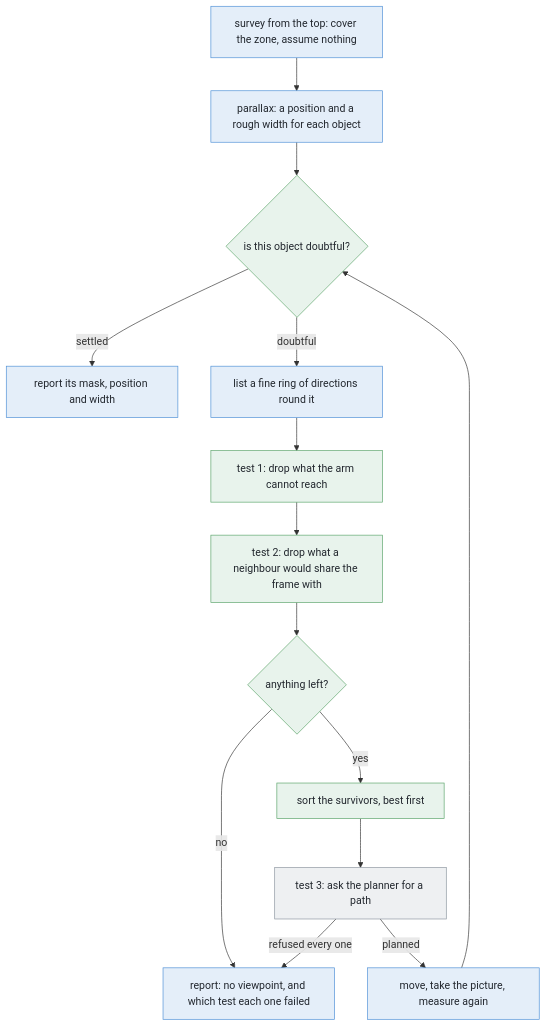
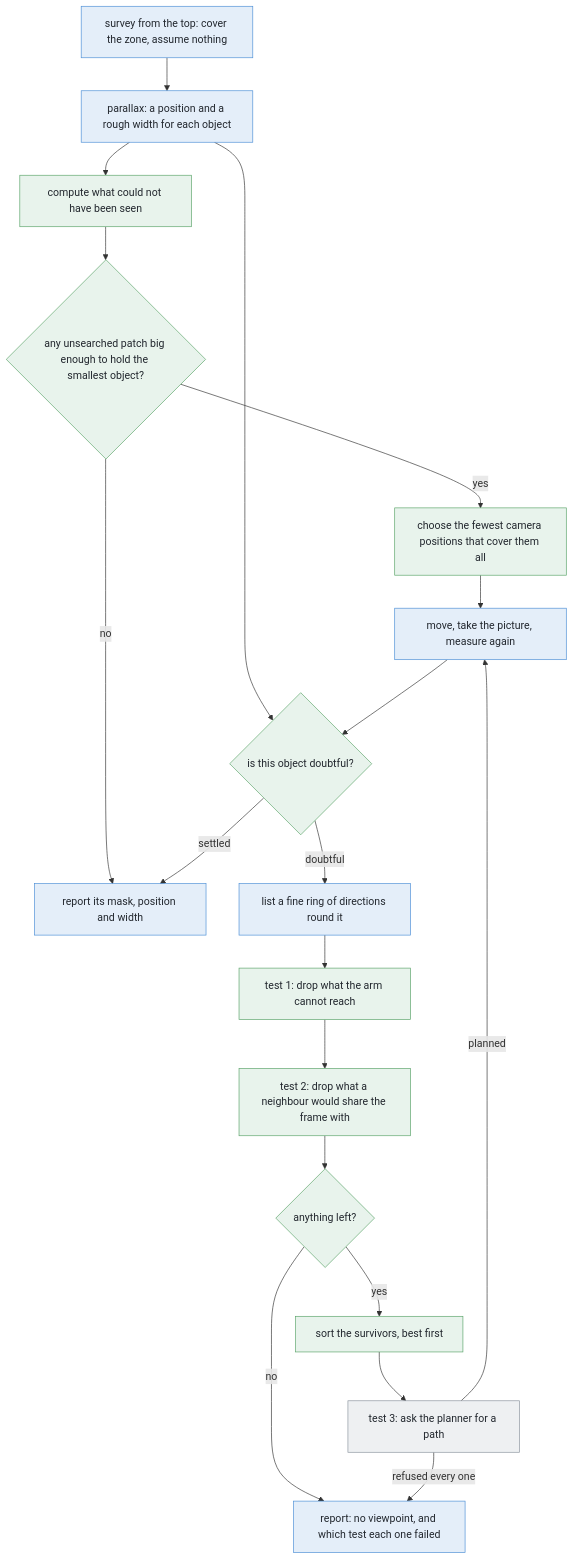
Before and after one commit to RobinNagpal/robot-arm-projects: the diagram in v5-pick-glasses/docs/problem-2/solutions/03-move-the-camera.md, drawn with Mermaid. The commit also changed other lines of this file, not shown here.

First line of the commit message:
Solution 3: it can now act on a place, not only on an object

````diff
--- a/v5-pick-glasses/docs/problem-2/solutions/03-move-the-camera.md
+++ b/v5-pick-glasses/docs/problem-2/solutions/03-move-the-camera.md
@@ -372,28 +502,36 @@
 ```mermaid
 flowchart TD
     E1["survey from the top: cover the zone, assume nothing"] --> E3["parallax: a position and a rough width for each object"]
+    E3 --> BL["compute what could not have been seen"]
+    BL --> PAT{"any unsearched patch big enough to hold the smallest object?"}
+    PAT -->|"yes"| COV["choose the fewest camera positions that cover them all"]
+    COV --> E5
+    PAT -->|"no"| E7
     E3 --> N1{"is this object doubtful?"}
     N1 -->|"settled"| E7["report its mask, position and width"]
     N1 -->|"doubtful"| E4["list a fine ring of directions round it"]
     E4 --> N2["test 1: drop what the arm cannot reach"]
     N2 --> N3["test 2: drop what a neighbour would share the frame with"]
     N3 --> N4{"anything left?"}
     N4 -->|"no"| E6["report: no viewpoint, and which test each one failed"]
     N4 -->|"yes"| N5["sort the survivors, best first"]
     N5 --> L2["test 3: ask the planner for a path"]
     L2 -->|"refused every one"| E6
     L2 -->|"planned"| E5["move, take the picture, measure again"]
     E5 --> N1
     style E1 fill:#e4eef9,stroke:#4c8fd6,color:#22272e
     style E3 fill:#e4eef9,stroke:#4c8fd6,color:#22272e
     style E4 fill:#e4eef9,stroke:#4c8fd6,color:#22272e
     style E5 fill:#e4eef9,stroke:#4c8fd6,color:#22272e
     style E6 fill:#e4eef9,stroke:#4c8fd6,color:#22272e
     style E7 fill:#e4eef9,stroke:#4c8fd6,color:#22272e
     style N1 fill:#e8f3ec,stroke:#5aa469,color:#22272e
     style N2 fill:#e8f3ec,stroke:#5aa469,color:#22272e
     style N3 fill:#e8f3ec,stroke:#5aa469,color:#22272e
     style N4 fill:#e8f3ec,stroke:#5aa469,color:#22272e
     style N5 fill:#e8f3ec,stroke:#5aa469,color:#22272e
     style L2 fill:#eef0f2,stroke:#8b949e,color:#22272e
+    style BL fill:#e8f3ec,stroke:#5aa469,color:#22272e
+    style PAT fill:#e8f3ec,stroke:#5aa469,color:#22272e
+    style COV fill:#e8f3ec,stroke:#5aa469,color:#22272e
 ```
````
